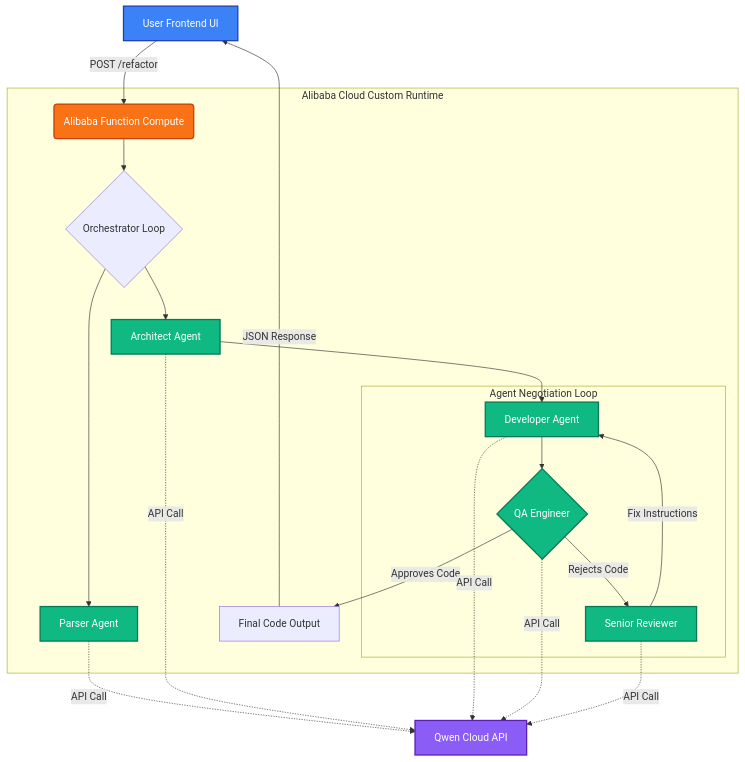
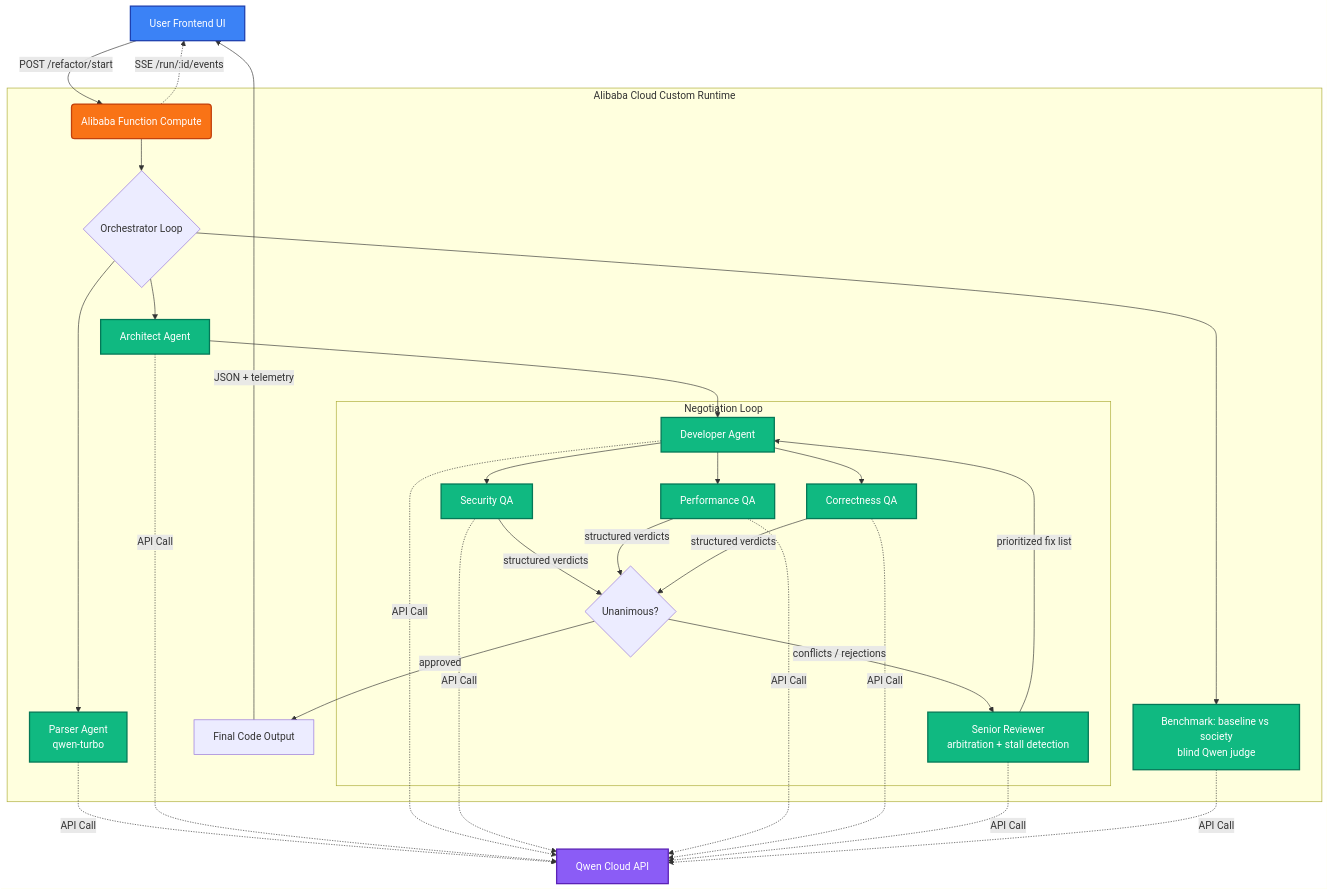
The diagram in README.md (aleobois-arch/RefractorBot), drawn with Mermaid before and after one commit. The commit also changed other lines of this file and 10 other files, not shown here.

````diff
--- a/README.md
+++ b/README.md
@@ -44,37 +78,33 @@
 ```mermaid
 graph TD
     %% Styling
     classDef user fill:#3b82f6,stroke:#1e40af,stroke-width:2px,color:#fff;
     classDef cloud fill:#f97316,stroke:#c2410c,stroke-width:2px,color:#fff;
     classDef agent fill:#10b981,stroke:#047857,stroke-width:2px,color:#fff;
     classDef qwen fill:#8b5cf6,stroke:#5b21b6,stroke-width:2px,color:#fff;
 
-    %% Nodes
-    A[User Frontend UI]:::user -->|POST /refactor| B(Alibaba Function Compute)
+    A[User Frontend UI]:::user -->|POST /refactor/start| B(Alibaba Function Compute)
+    B -.->|SSE /run/:id/events| A
 
     subgraph Serverless Backend [Alibaba Cloud Custom Runtime]
         B:::cloud --> C{Orchestrator Loop}
-
-        C --> D[Parser Agent]:::agent
+        C --> D[Parser Agent<br/>qwen-turbo]:::agent
         C --> E[Architect Agent]:::agent
 
-        %% Negotiation Loop
-        subgraph Agent Negotiation Loop
-            F[Developer Agent]:::agent --> G{QA Engineer}:::agent
-            G -- Rejects Code --> H[Senior Reviewer]:::agent
-            H -- Fix Instructions --> F
+        subgraph Negotiation Loop
+            F[Developer Agent]:::agent --> G1[Security QA]:::agent
+            F --> G2[Performance QA]:::agent
+            F --> G3[Correctness QA]:::agent
+            G1 & G2 & G3 -->|structured verdicts| V{Unanimous?}
+            V -- conflicts / rejections --> H[Senior Reviewer<br/>arbitration + stall detection]:::agent
+            H -- prioritized fix list --> F
         end
 
         E --> F
-        G -- Approves Code --> I[Final Code Output]
+        V -- approved --> I[Final Code Output]
+        C --> K[Benchmark: baseline vs society<br/>blind Qwen judge]:::agent
     end
 
-    %% API Calls
-    D -.->|API Call| Q[Qwen Cloud API]:::qwen
-    E -.->|API Call| Q
-    F -.->|API Call| Q
-    G -.->|API Call| Q
-    H -.->|API Call| Q
-
-    I -->|JSON Response| A
+    D & E & F & G1 & G2 & G3 & H & K -.->|API Call| Q[Qwen Cloud API]:::qwen
+    I -->|JSON + telemetry| A
 ```
````
